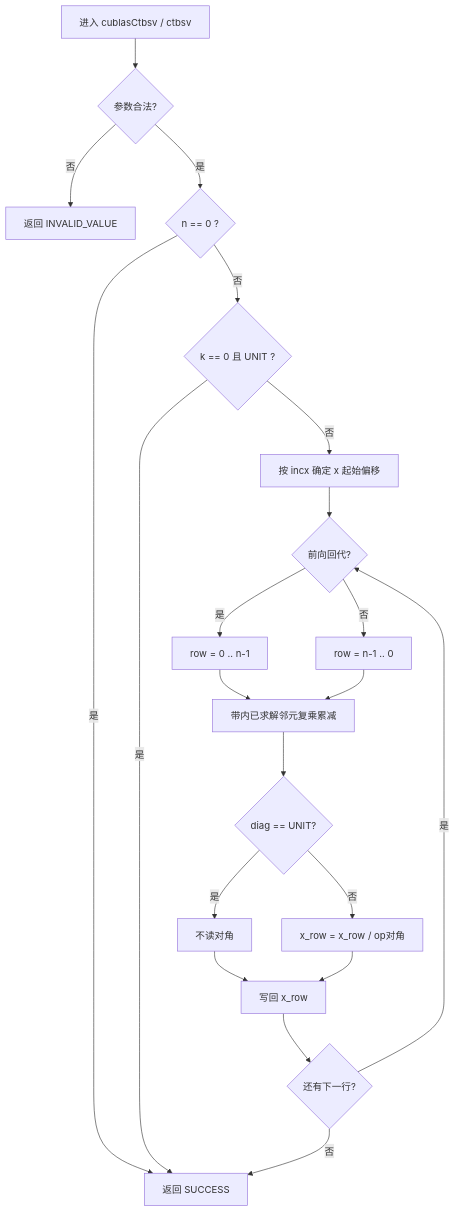
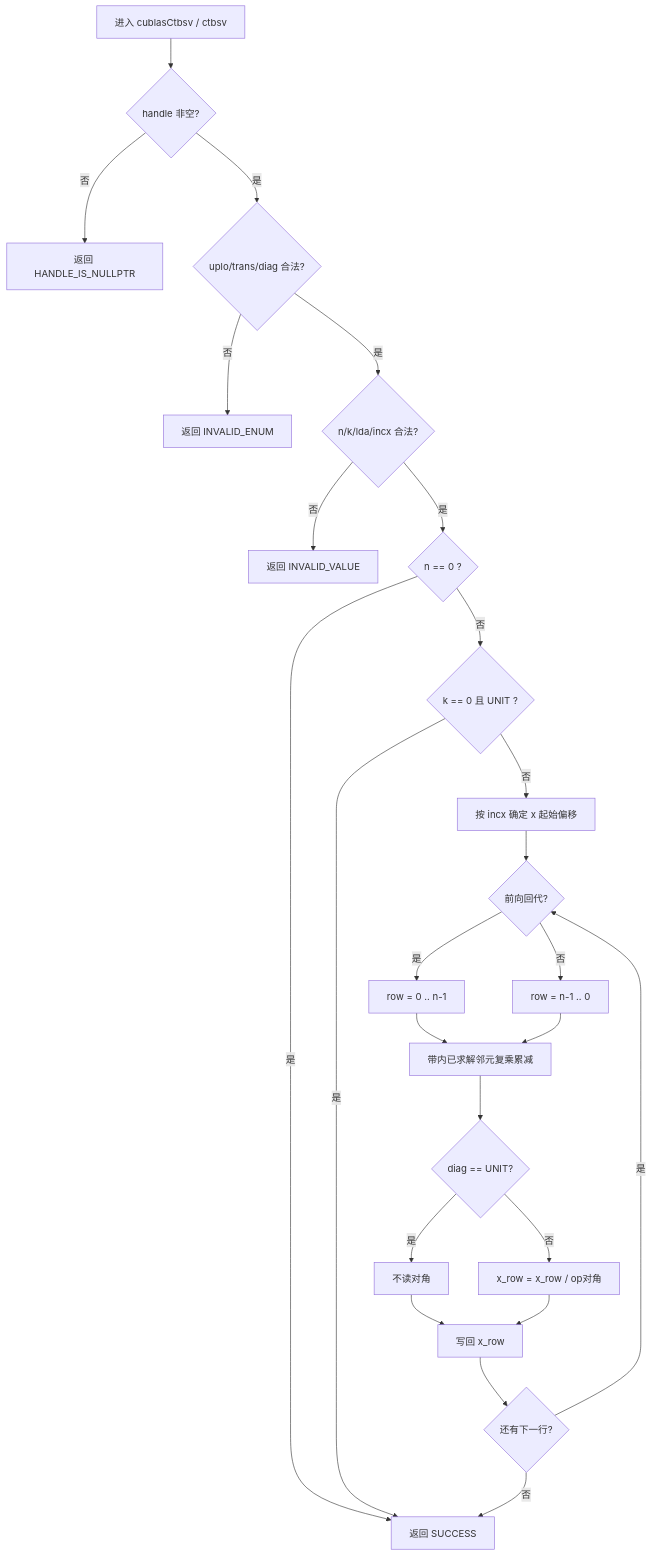
One commit to hicann/cann-ops-competitions changed the first of 3 diagrams in 04_tasks/01_community-task-2026/tasklist/算子实操工坊-杭州站-aclblasCtbsv算子开发(950)/YMH0417/docs/design.md. Above: the diagram before and after it, drawn with Mermaid. The commit also changed other lines of this file, not shown here.

````diff
--- a/04_tasks/01_community-task-2026/tasklist/算子实操工坊-杭州站-aclblasCtbsv算子开发(950)/YMH0417/docs/design.md
+++ b/04_tasks/01_community-task-2026/tasklist/算子实操工坊-杭州站-aclblasCtbsv算子开发(950)/YMH0417/docs/design.md
@@ -98,23 +99,27 @@
 ```mermaid
 flowchart TD
-    A[进入 cublasCtbsv / ctbsv] --> B{参数合法?}
-    B -->|否| E1[返回 INVALID_VALUE]
-    B -->|是| C{n == 0 ?}
+    A[进入 cublasCtbsv / ctbsv] --> H0{handle 非空?}
+    H0 -->|否| E0[返回 HANDLE_IS_NULLPTR]
+    H0 -->|是| B1{uplo/trans/diag 合法?}
+    B1 -->|否| E1[返回 INVALID_ENUM]
+    B1 -->|是| B2{n/k/lda/incx 合法?}
+    B2 -->|否| E3[返回 INVALID_VALUE]
+    B2 -->|是| C{n == 0 ?}
     C -->|是| E2[返回 SUCCESS]
     C -->|否| D{k == 0 且 UNIT ?}
     D -->|是| E2
     D -->|否| F[按 incx 确定 x 起始偏移]
     F --> G{前向回代?}
     G -->|是| H[row = 0 .. n-1]
     G -->|否| I[row = n-1 .. 0]
     H --> J[带内已求解邻元复乘累减]
     I --> J
     J --> K{diag == UNIT?}
     K -->|是| L[不读对角]
     K -->|否| M[x_row = x_row / op对角]
     L --> N[写回 x_row]
     M --> N
     N --> O{还有下一行?}
     O -->|是| G
     O -->|否| E2
 ```
````
